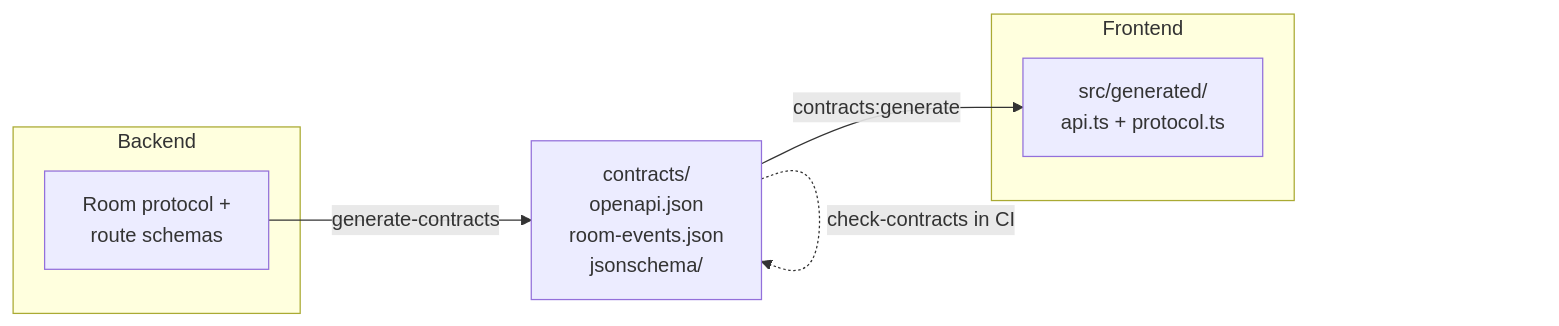
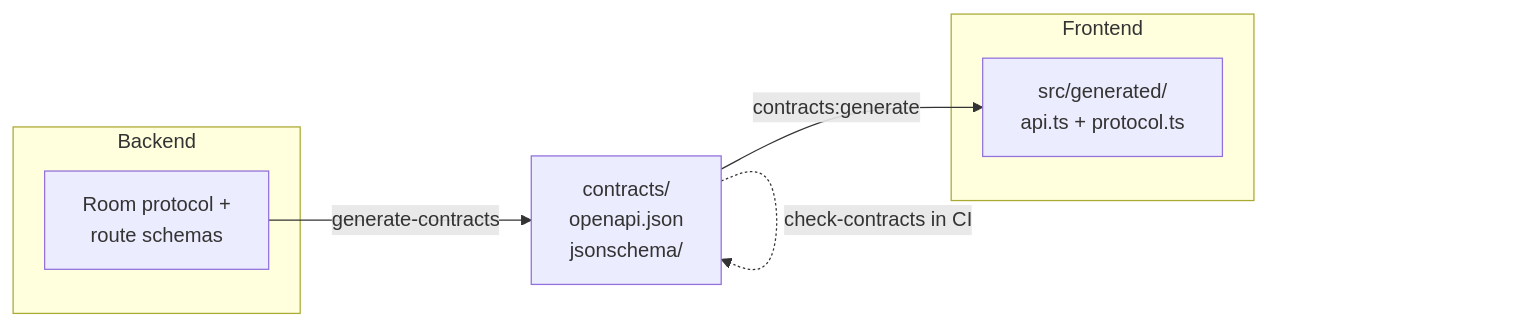
The second of 3 diagrams in docs/architecture.md (simonvanlierde/6-second-scribbles), drawn with Mermaid before and after one commit. The commit also changed other lines of this file and 211 other files, not shown here.

````diff
--- a/docs/architecture.md
+++ b/docs/architecture.md
@@ -44,14 +44,14 @@
 ```mermaid
 flowchart LR
     subgraph Backend
         Protocol["Room protocol +<br/>route schemas"]
     end
-    Contracts["contracts/<br/>openapi.json<br/>room-events.json<br/>jsonschema/"]
+    Contracts["contracts/<br/>openapi.json<br/>jsonschema/"]
     subgraph Frontend
         Generated["src/generated/<br/>api.ts + protocol.ts"]
     end
 
     Protocol -->|generate-contracts| Contracts
     Contracts -->|contracts:generate| Generated
     Contracts -.->|check-contracts in CI| Contracts
 ```
````
